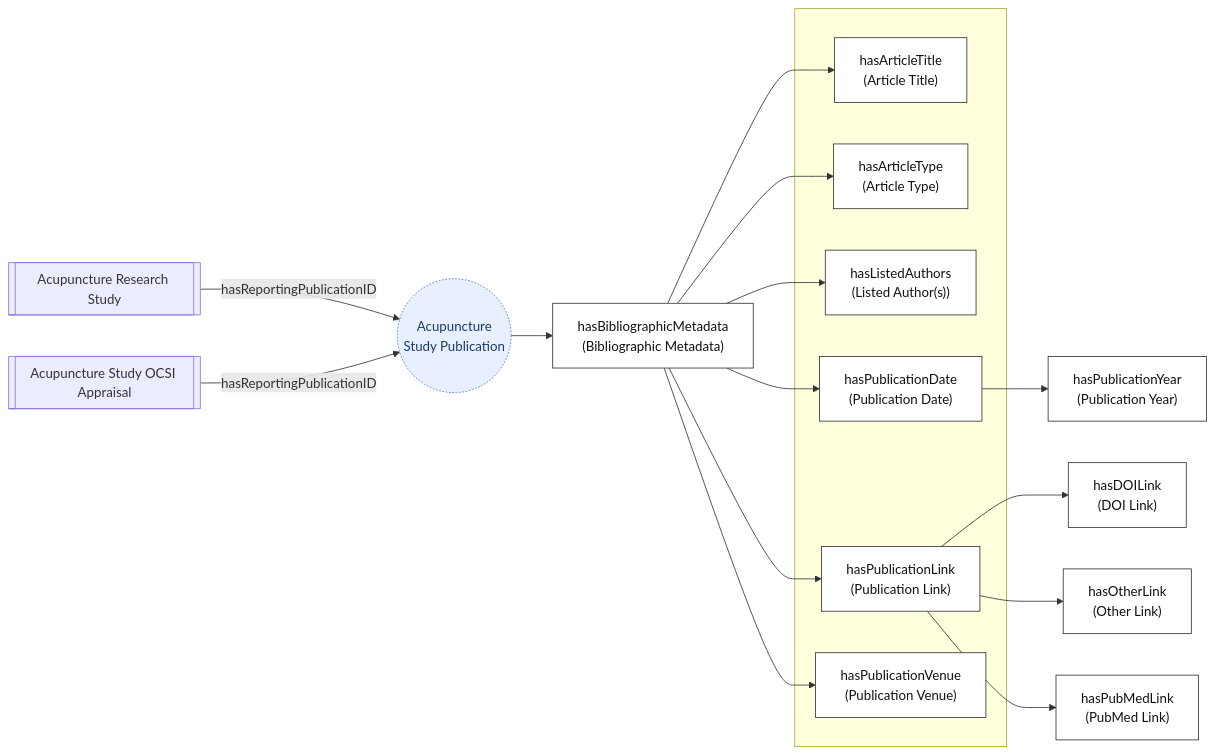
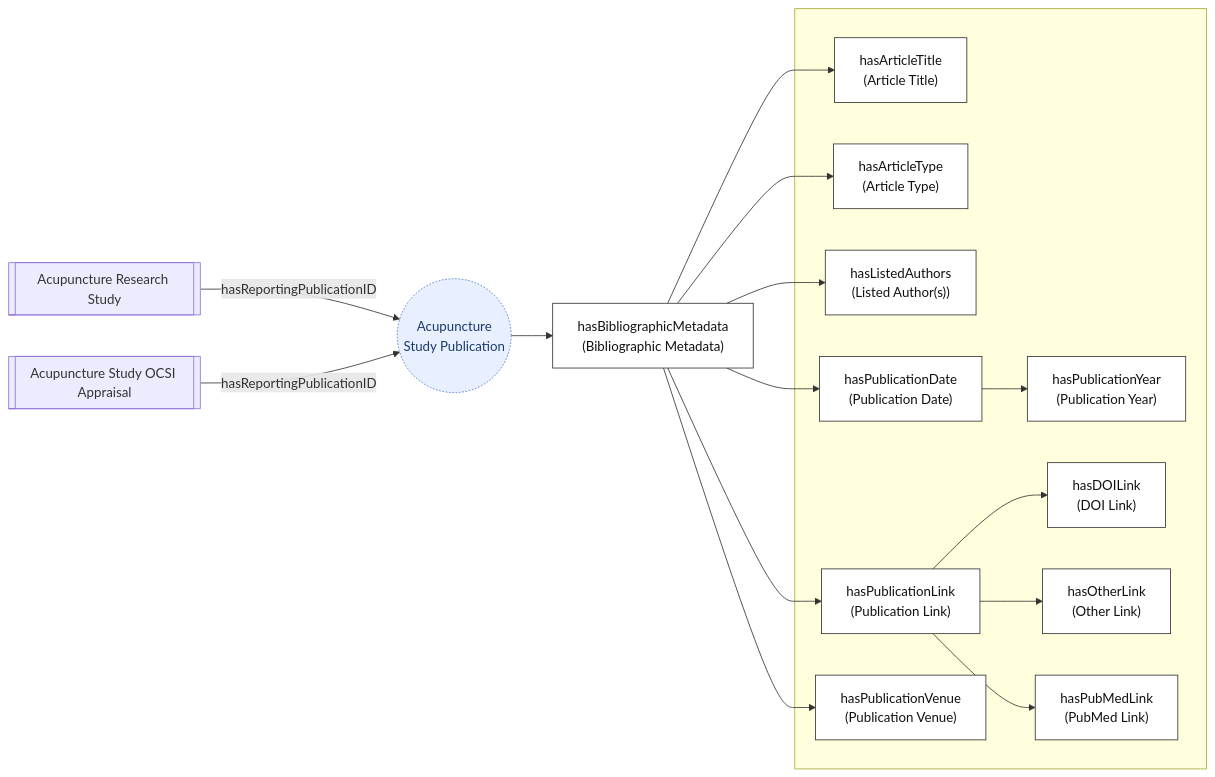
One commit to smtifahim/TARA-Ontology-Repository changed the second of 5 diagrams in ontology-files/base/articles-kb/articles-kb-core/README.md. Above: the diagram before and after it, drawn with Mermaid. The commit also changed other lines of this file, not shown here.

````diff
--- a/ontology-files/base/articles-kb/articles-kb-core/README.md
+++ b/ontology-files/base/articles-kb/articles-kb-core/README.md
@@ -48,39 +48,37 @@
 ```mermaid
 flowchart LR
     classDef group fill:#eee,stroke:#999,stroke-dasharray: 3 3,color:#555
     classDef field fill:#ffffff,stroke:#333,color:#111
     classDef linked fill:#e8f0ff,stroke:#4472c4,stroke-dasharray: 2 2,color:#1a3a6b
 
     PUB(("Acupuncture<br/>Study Publication")):::field
     BIB["hasBibliographicMetadata<br/>(Bibliographic Metadata)"]:::field
 
     subgraph BIB_FIELDS [" "]
         TITLE["hasArticleTitle<br/>(Article Title)"]:::field
         ATYPE["hasArticleType<br/>(Article Type)"]:::field
         AUTH["hasListedAuthors<br/>(Listed Author(s))"]:::field
         PDATE["hasPublicationDate<br/>(Publication Date)"]:::field
         PLINK["hasPublicationLink<br/>(Publication Link)"]:::field
         VENUE["hasPublicationVenue<br/>(Publication Venue)"]:::field
-
+        PYEAR["hasPublicationYear<br/>(Publication Year)"]:::field
+        DOI["hasDOILink<br/>(DOI Link)"]:::field
+        OTHER["hasOtherLink<br/>(Other Link)"]:::field
+        PUBMED["hasPubMedLink<br/>(PubMed Link)"]:::field
     end
-
-    PYEAR["hasPublicationYear<br/>(Publication Year)"]:::field
-    DOI["hasDOILink<br/>(DOI Link)"]:::field
-    OTHER["hasOtherLink<br/>(Other Link)"]:::field
-    PUBMED["hasPubMedLink<br/>(PubMed Link)"]:::field
 
     PUB --> BIB
     BIB --> TITLE
     BIB --> ATYPE
     BIB --> AUTH
     BIB --> PDATE --> PYEAR
     BIB --> PLINK
     PLINK --> DOI
     PLINK --> OTHER
     PLINK --> PUBMED
     BIB --> VENUE
 
     STUDY_EXT[["Acupuncture Research Study"]] -- hasReportingPublicationID --> PUB:::linked
     
     OCSI_EXT[["Acupuncture Study OCSI Appraisal"]] -- hasReportingPublicationID --> PUB:::linked
 ```
````
